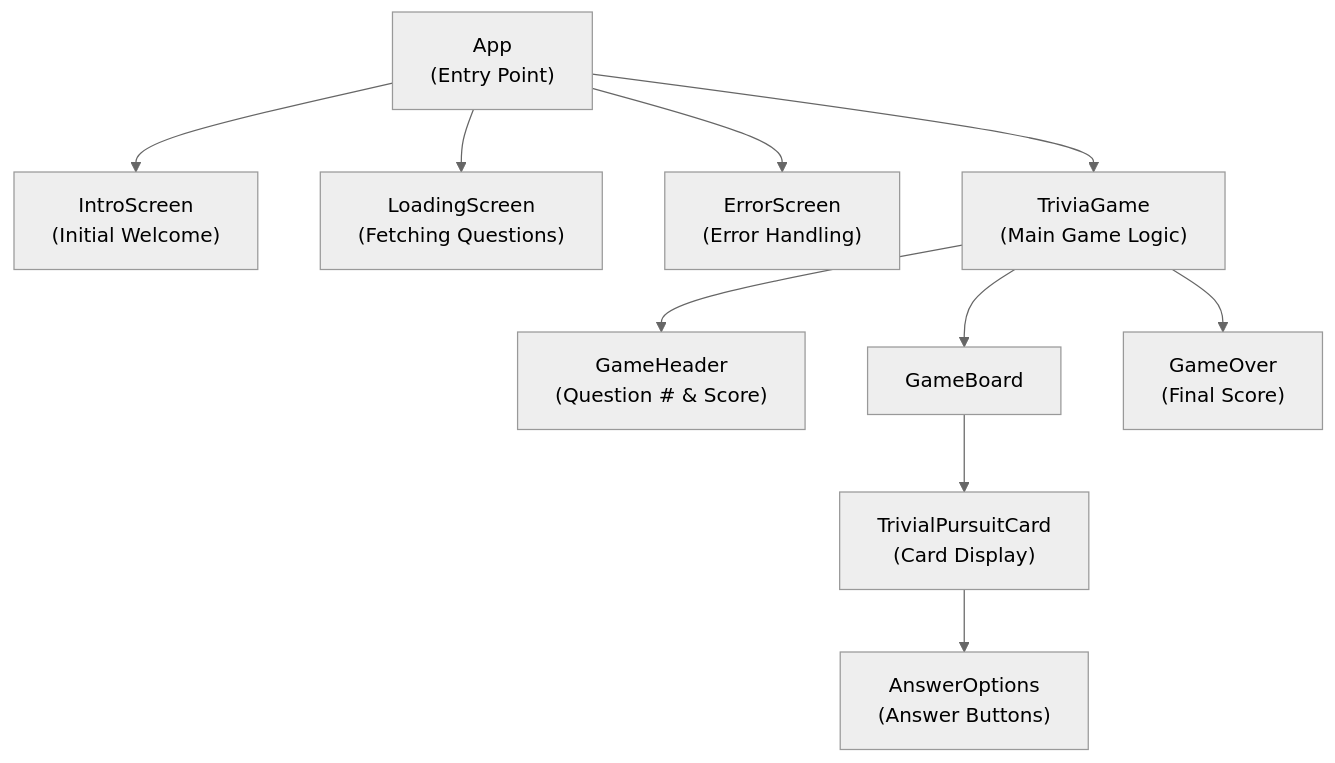
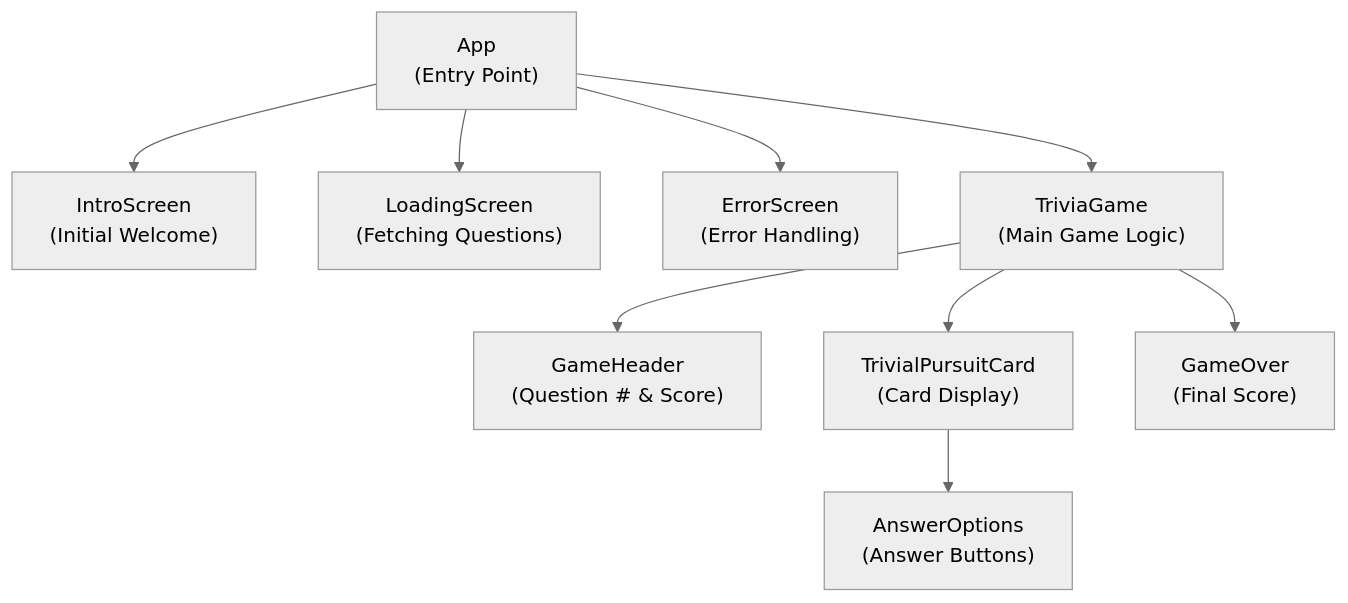
The diagram in README.md (mpleroux/trivia_quiz), drawn with Mermaid (neutral theme) before and after one commit. The commit also changed 2 other files, not shown here.

Commit message:
Refactor TriviaGame and delete the unnecessary component GameBoard

````diff
--- a/README.md
+++ b/README.md
@@ -36,23 +36,21 @@
 ```mermaid
 graph TD
     App["App<br/>(Entry Point)"]
     IntroScreen["IntroScreen<br/>(Initial Welcome)"]
     LoadingScreen["LoadingScreen<br/>(Fetching Questions)"]
     ErrorScreen["ErrorScreen<br/>(Error Handling)"]
     TriviaGame["TriviaGame<br/>(Main Game Logic)"]
     GameHeader["GameHeader<br/>(Question # & Score)"]
-    GameBoard["GameBoard"]
     TrivialPursuitCard["TrivialPursuitCard<br/>(Card Display)"]
     AnswerOptions["AnswerOptions<br/>(Answer Buttons)"]
     GameOver["GameOver<br/>(Final Score)"]
     
     App --> IntroScreen
     App --> LoadingScreen
     App --> ErrorScreen
     App --> TriviaGame
     TriviaGame --> GameHeader
-    TriviaGame --> GameBoard
+    TriviaGame --> TrivialPursuitCard
     TriviaGame --> GameOver
-    GameBoard --> TrivialPursuitCard
     TrivialPursuitCard --> AnswerOptions
 ```
````
